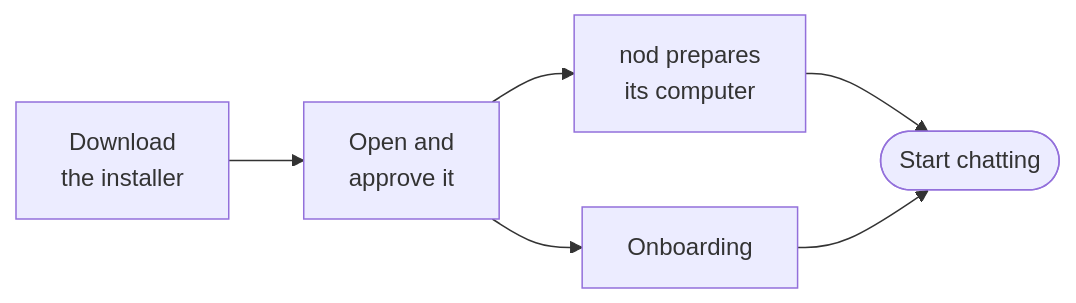
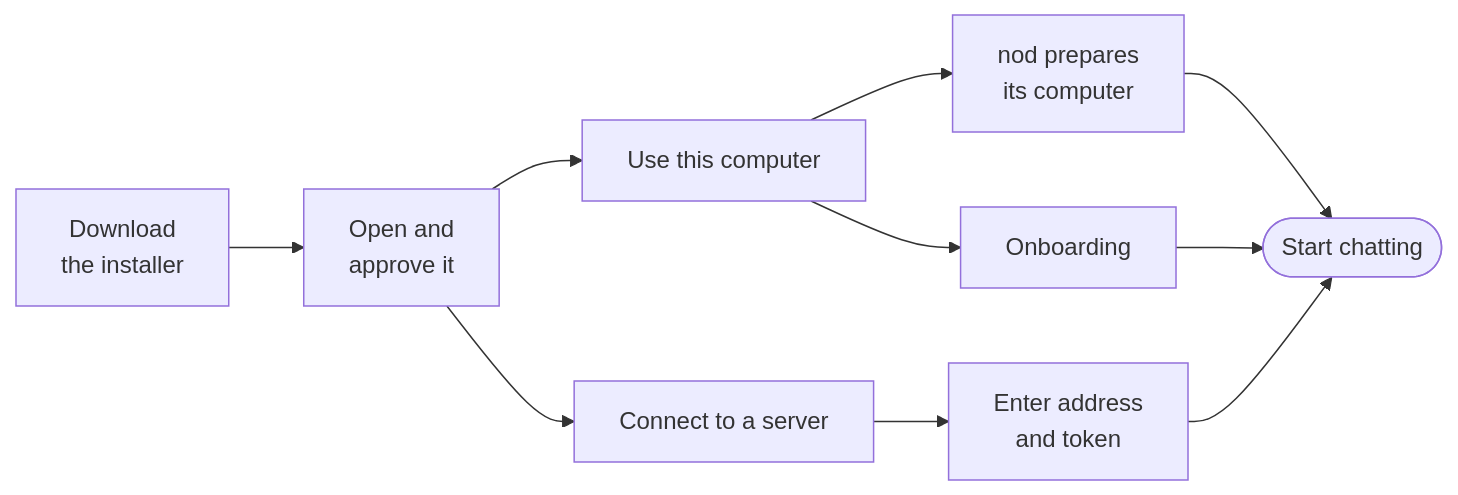
Before and after one commit to KrishBhimani/nod: the diagram in docs/src/content/docs/get-started/install-desktop.mdx, drawn with Mermaid. The commit also changed other lines of this file and 135 other files, not shown here.

Commit message:
feat: make nod easy to self-host with secure remote app access (#452)

````diff
--- a/docs/src/content/docs/get-started/install-desktop.mdx
+++ b/docs/src/content/docs/get-started/install-desktop.mdx
@@ -14,8 +16,12 @@
 ```mermaid
 flowchart LR
   dl[Download<br/>the installer] --> open[Open and<br/>approve it]
-  open --> prep[nod prepares<br/>its computer]:::accent
-  open --> ob[Onboarding]
+  open --> local[Use this computer]
+  local --> prep[nod prepares<br/>its computer]:::accent
+  local --> ob[Onboarding]
+  open --> remote[Connect to a server]
+  remote --> address[Enter address<br/>and token]
   prep --> chat([Start chatting]):::go
   ob --> chat
+  address --> chat
 ```
````
